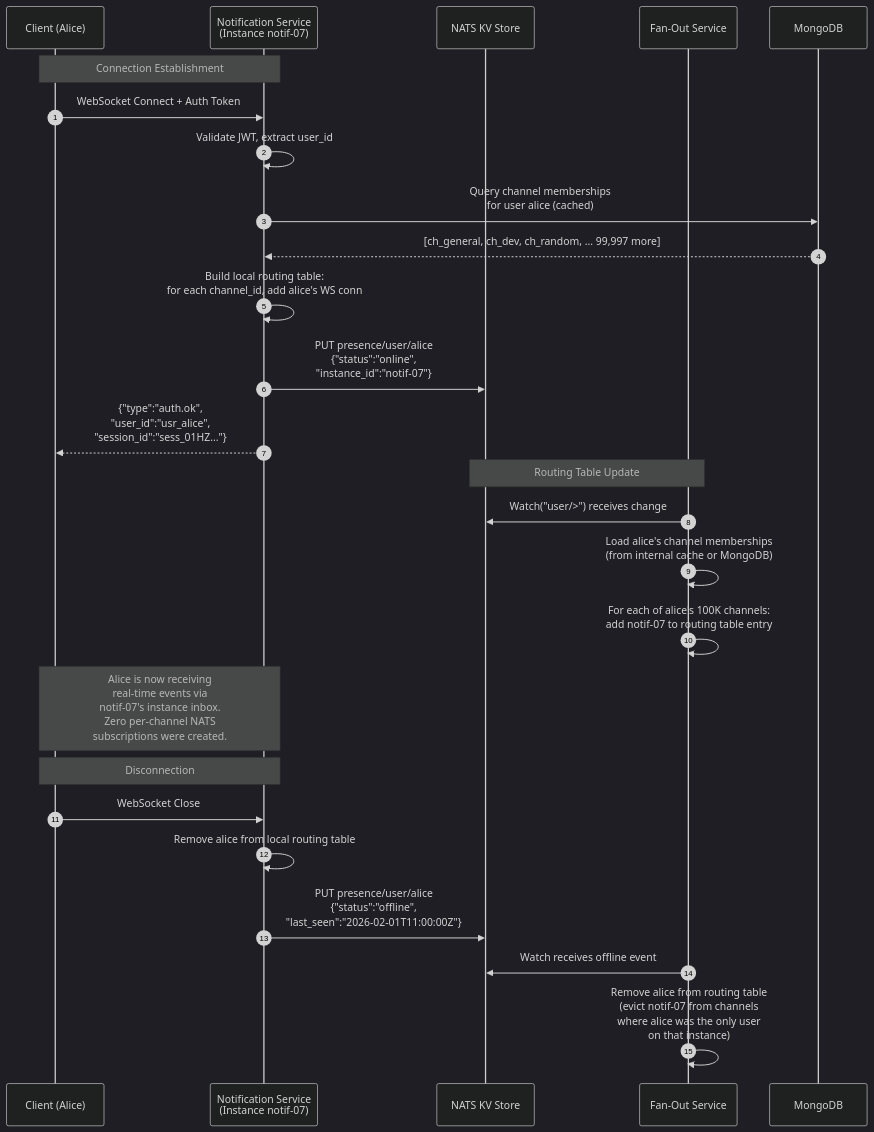
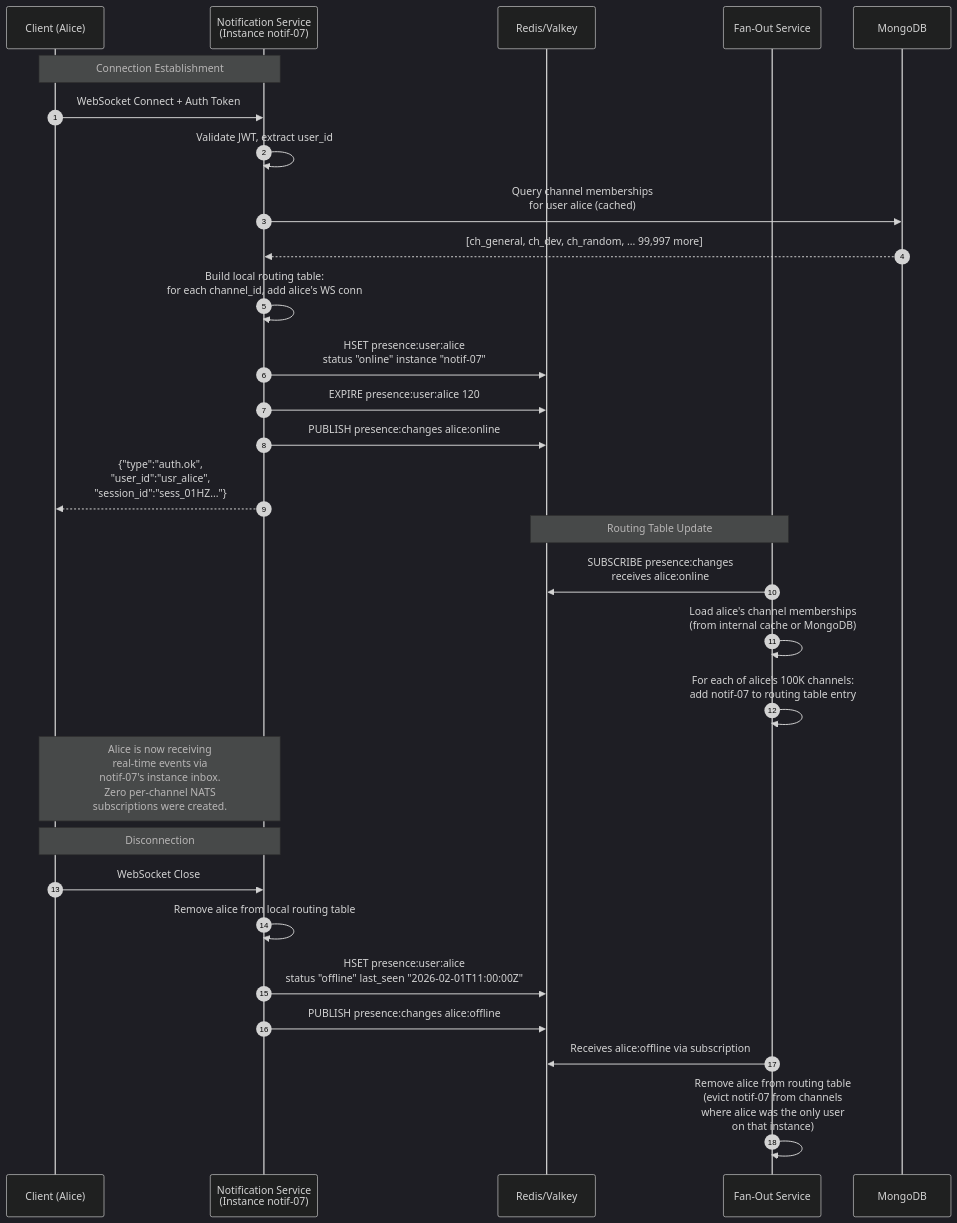
One commit to julianshen/chatconcept changed the second of 10 diagrams in docs/diagrams/sequence-diagrams.md. Above: the diagram before and after it, drawn with Mermaid (dark theme). The commit also changed other lines of this file and 14 other files, not shown here.

First line of the commit message:
docs: replace NATS KV with Redis/Valkey for ephemeral state

````diff
--- a/docs/diagrams/sequence-diagrams.md
+++ b/docs/diagrams/sequence-diagrams.md
@@ -71,36 +71,39 @@
 ```mermaid
 sequenceDiagram
     autonumber
     participant Client as Client (Alice)
     participant NotifSvc as Notification Service<br/>(Instance notif-07)
-    participant NATSKV as NATS KV Store
+    participant Redis as Redis/Valkey
     participant FanOut as Fan-Out Service
     participant MongoDB as MongoDB
 
     Note over Client,NotifSvc: Connection Establishment
     Client->>NotifSvc: WebSocket Connect + Auth Token
     NotifSvc->>NotifSvc: Validate JWT, extract user_id
 
     NotifSvc->>MongoDB: Query channel memberships<br/>for user alice (cached)
     MongoDB-->>NotifSvc: [ch_general, ch_dev, ch_random, ... 99,997 more]
 
     NotifSvc->>NotifSvc: Build local routing table:<br/>for each channel_id, add alice's WS conn
 
-    NotifSvc->>NATSKV: PUT presence/user/alice<br/>{"status":"online",<br/>"instance_id":"notif-07"}
+    NotifSvc->>Redis: HSET presence:user:alice<br/>status "online" instance "notif-07"
+    NotifSvc->>Redis: EXPIRE presence:user:alice 120
+    NotifSvc->>Redis: PUBLISH presence:changes alice:online
 
     NotifSvc-->>Client: {"type":"auth.ok",<br/>"user_id":"usr_alice",<br/>"session_id":"sess_01HZ..."}
 
-    Note over NATSKV,FanOut: Routing Table Update
-    FanOut->>NATSKV: Watch("user/>") receives change
+    Note over Redis,FanOut: Routing Table Update
+    FanOut->>Redis: SUBSCRIBE presence:changes<br/>receives alice:online
     FanOut->>FanOut: Load alice's channel memberships<br/>(from internal cache or MongoDB)
     FanOut->>FanOut: For each of alice's 100K channels:<br/>add notif-07 to routing table entry
 
     Note over Client,NotifSvc: Alice is now receiving<br/>real-time events via<br/>notif-07's instance inbox.<br/>Zero per-channel NATS<br/>subscriptions were created.
 
     Note over Client,NotifSvc: Disconnection
     Client->>NotifSvc: WebSocket Close
     NotifSvc->>NotifSvc: Remove alice from local routing table
-    NotifSvc->>NATSKV: PUT presence/user/alice<br/>{"status":"offline",<br/>"last_seen":"2026-02-01T11:00:00Z"}
-    FanOut->>NATSKV: Watch receives offline event
+    NotifSvc->>Redis: HSET presence:user:alice<br/>status "offline" last_seen "2026-02-01T11:00:00Z"
+    NotifSvc->>Redis: PUBLISH presence:changes alice:offline
+    FanOut->>Redis: Receives alice:offline via subscription
     FanOut->>FanOut: Remove alice from routing table<br/>(evict notif-07 from channels<br/>where alice was the only user<br/>on that instance)
 ```
````
